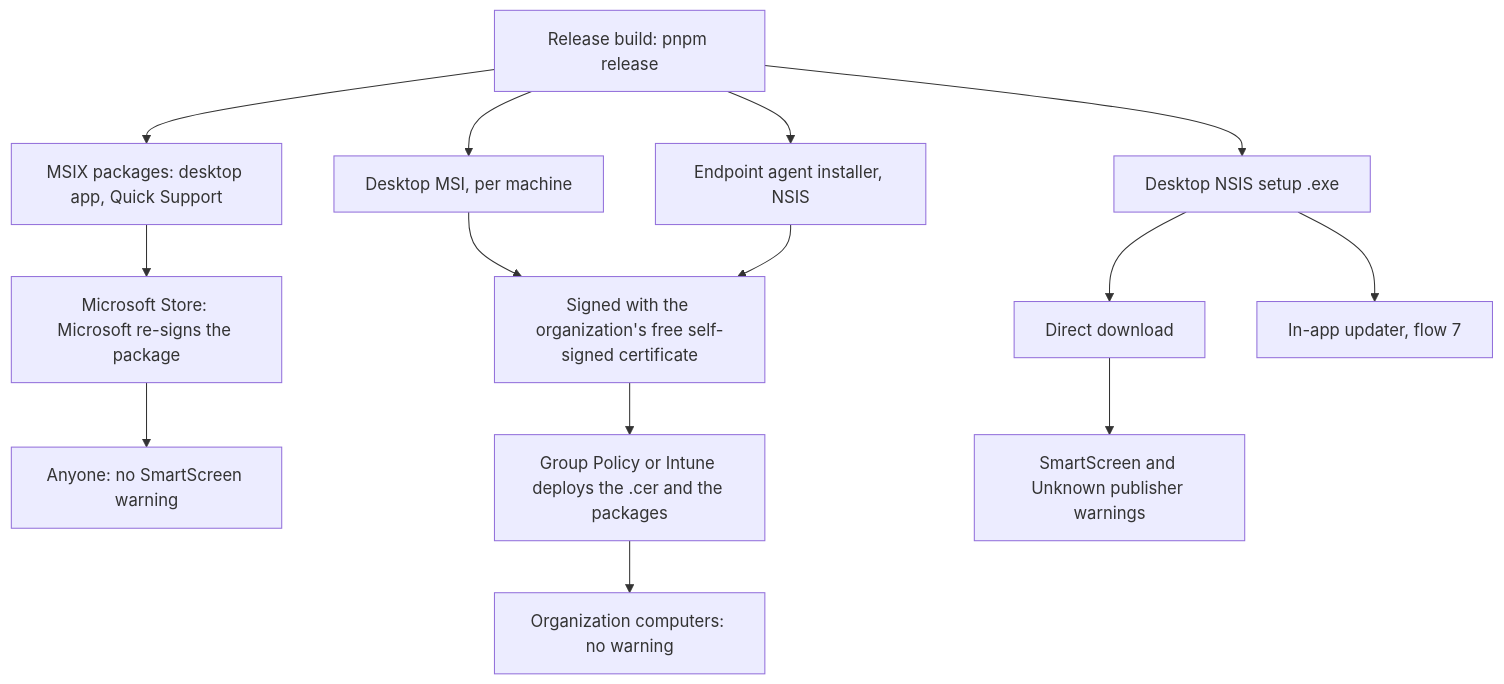
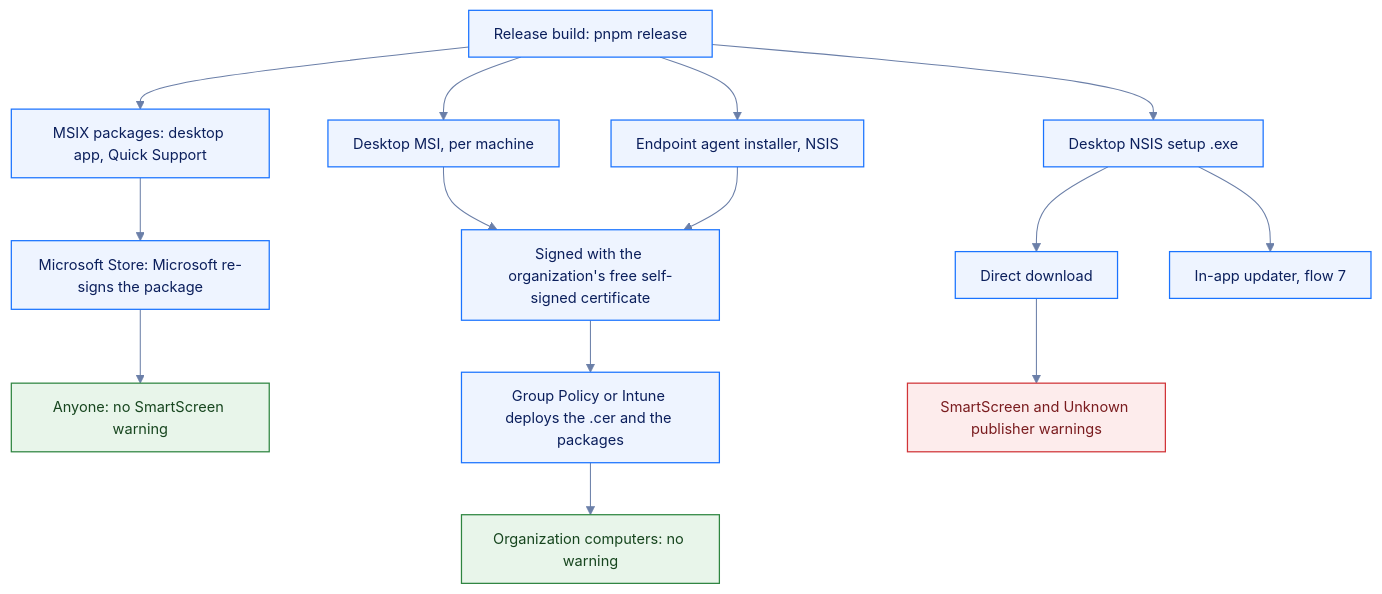
One commit to MKhattab7050/nigafiy-platform changed the tenth of 11 diagrams in docs/architecture/flowcharts.md. Above: the diagram before and after it, drawn with Mermaid. The commit also changed other lines of this file, not shown here.

First line of the commit message:
Flowcharts: brand-themed Mermaid and the illustrated figures on top of the key sections

````diff
--- a/docs/architecture/flowcharts.md
+++ b/docs/architecture/flowcharts.md
@@ -385,16 +469,25 @@
 ```mermaid
+%%{init: {"theme": "base", "themeVariables": {"fontFamily": "-apple-system, BlinkMacSystemFont, Segoe UI, Noto Sans, Helvetica, Arial, sans-serif", "fontSize": "14px", "primaryColor": "#EEF4FF", "primaryTextColor": "#0B1F5C", "primaryBorderColor": "#1A73FF", "secondaryColor": "#F3F6FC", "tertiaryColor": "#FFFFFF", "lineColor": "#6B7FA8", "textColor": "#6B7FA8", "titleColor": "#6B7FA8", "clusterBkg": "#F7F9FE", "clusterBorder": "#9DB4E8", "edgeLabelBackground": "#F3F6FC", "actorBkg": "#EEF4FF", "actorBorder": "#1A73FF", "actorTextColor": "#0B1F5C", "actorLineColor": "#9DB4E8", "signalColor": "#6B7FA8", "signalTextColor": "#6B7FA8", "labelBoxBkgColor": "#EEF4FF", "labelBoxBorderColor": "#1A73FF", "labelTextColor": "#0B1F5C", "loopTextColor": "#6B7FA8", "noteBkgColor": "#FFF6E5", "noteBorderColor": "#C27C0E", "noteTextColor": "#5A3A05", "activationBkgColor": "#DCE8FF", "activationBorderColor": "#1A73FF", "sequenceNumberColor": "#FFFFFF"}, "flowchart": {"curve": "basis", "padding": 12}}}%%
 flowchart TD
   SRC["Release build: pnpm release"] --> MSIX["MSIX packages: desktop app, Quick Support"]
   SRC --> MSI["Desktop MSI, per machine"]
   SRC --> AGT["Endpoint agent installer, NSIS"]
   SRC --> NSIS["Desktop NSIS setup .exe"]
   MSIX --> STORE["Microsoft Store: Microsoft re-signs the package"]
   STORE --> PUB["Anyone: no SmartScreen warning"]
   MSI --> OWN["Signed with the organization's free self-signed certificate"]
   AGT --> OWN
   OWN --> GPO["Group Policy or Intune deploys the .cer and the packages"]
   GPO --> ORGPC["Organization computers: no warning"]
   NSIS --> DIRECT["Direct download"]
   DIRECT --> WARN["SmartScreen and Unknown publisher warnings"]
   NSIS --> UPD["In-app updater, flow 7"]
+  classDef default fill:#EEF4FF,stroke:#1A73FF,stroke-width:1.2px,color:#0B1F5C
+  classDef decision fill:#FFF6E5,stroke:#C27C0E,stroke-width:1.2px,color:#5A3A05
+  classDef data fill:#E3F5F9,stroke:#0099BC,stroke-width:1.2px,color:#053F4D
+  classDef external fill:#F3F6FC,stroke:#6B7FA8,stroke-width:1.2px,stroke-dasharray:4 3,color:#0B1F5C
+  classDef refused fill:#FDECEC,stroke:#D13438,stroke-width:1.2px,color:#7A1C1F
+  classDef good fill:#E8F5EA,stroke:#2E8540,stroke-width:1.2px,color:#17461F
+  class WARN refused
+  class PUB,ORGPC good
 ```
````
